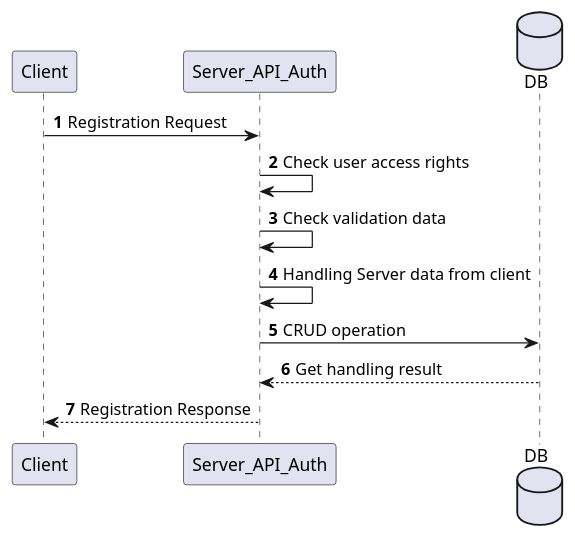
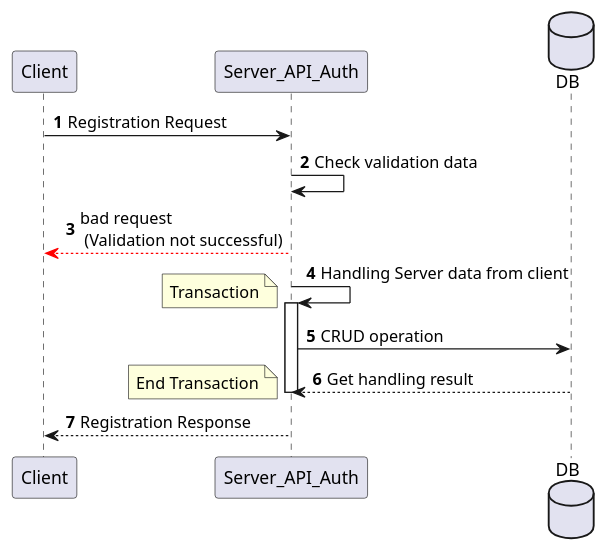
The diagram in book-house-server/src/main/resources/sequence/diagramSequenceRegistration.puml (dima666Sik/book-house), drawn with PlantUML before and after one commit. The commit also changed 6 other files, not shown here.

Commit message:
change some diagram.

```diff
--- a/book-house-server/src/main/resources/sequence/diagramSequenceRegistration.puml
+++ b/book-house-server/src/main/resources/sequence/diagramSequenceRegistration.puml
@@ -1,16 +1,19 @@
 @startuml
 'https://plantuml.com/sequence-diagram
 
 autonumber
     'Registration
     Client -> Server_API_Auth: Registration Request
-    Server_API_Auth -> Server_API_Auth : Check user access rights
     Server_API_Auth -> Server_API_Auth : Check validation data
+         Client <-[#red]- Server_API_Auth: bad request\n (Validation not successful)
     Server_API_Auth -> Server_API_Auth : Handling Server data from client
 
     database DB as DB
+    note left : Transaction
+    activate Server_API_Auth
     Server_API_Auth -> DB: CRUD operation
     Server_API_Auth <-- DB: Get handling result
-
+    note left : End Transaction
+    deactivate Server_API_Auth
     Client <-- Server_API_Auth: Registration Response
 @enduml
```
